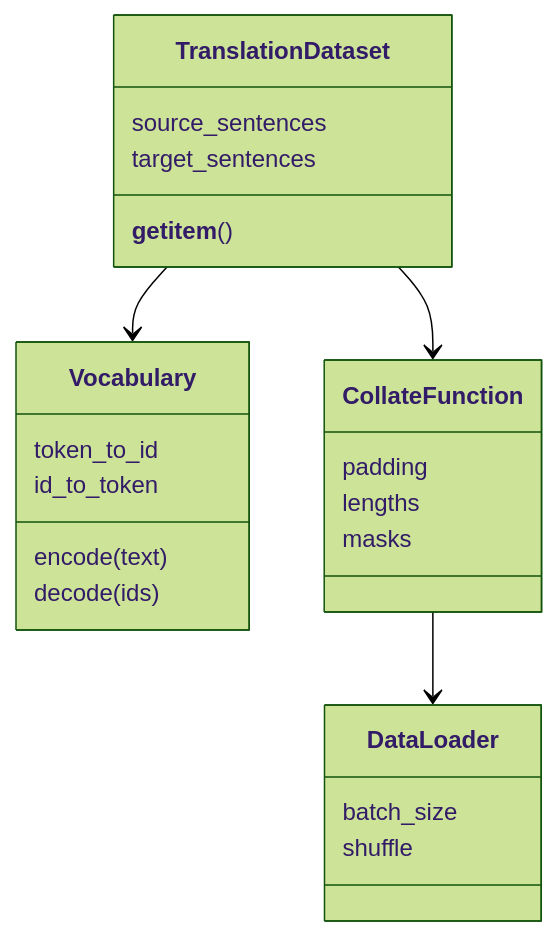
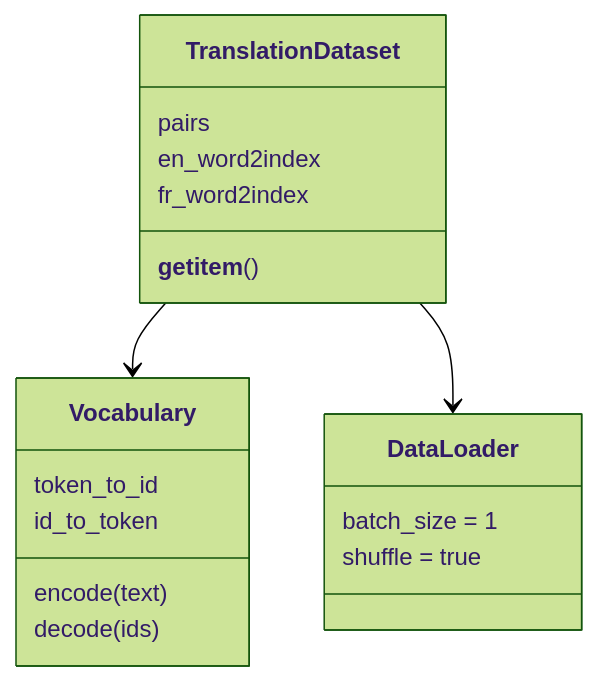
Before and after one commit to luyunix/nlp_study: the second of 2 diagrams in notes/seq2seq-translation/05-data-cleaning.md, drawn with Mermaid (forest theme). The commit also changed other lines of this file and 66 other files, not shown here.

````diff
--- a/notes/seq2seq-translation/05-data-cleaning.md
+++ b/notes/seq2seq-translation/05-data-cleaning.md
@@ -32,26 +32,21 @@
 ```mermaid
 classDiagram
     class Vocabulary {
       token_to_id
       id_to_token
       encode(text)
       decode(ids)
     }
     class TranslationDataset {
-      source_sentences
-      target_sentences
+      pairs
+      en_word2index
+      fr_word2index
       __getitem__()
     }
-    class CollateFunction {
-      padding
-      lengths
-      masks
-    }
     class DataLoader {
-      batch_size
-      shuffle
+      batch_size = 1
+      shuffle = true
     }
     TranslationDataset --> Vocabulary
-    TranslationDataset --> CollateFunction
-    CollateFunction --> DataLoader
+    TranslationDataset --> DataLoader
 ```
````
